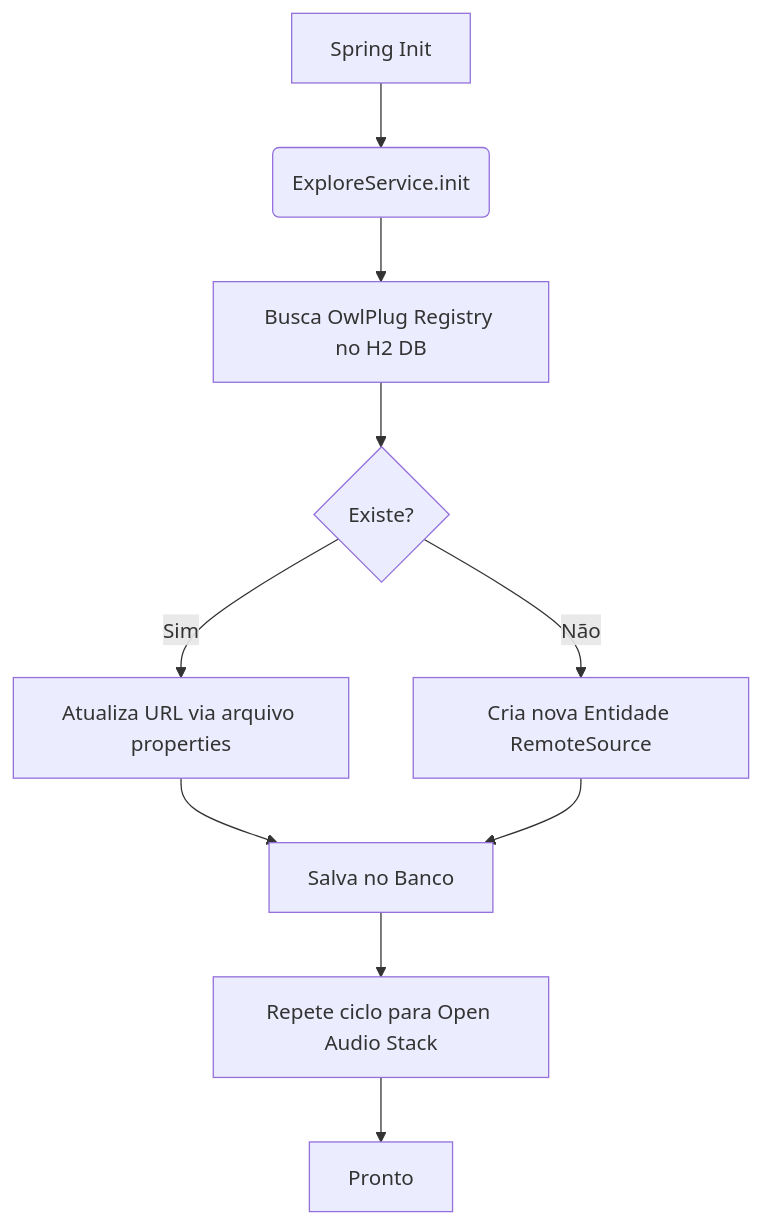
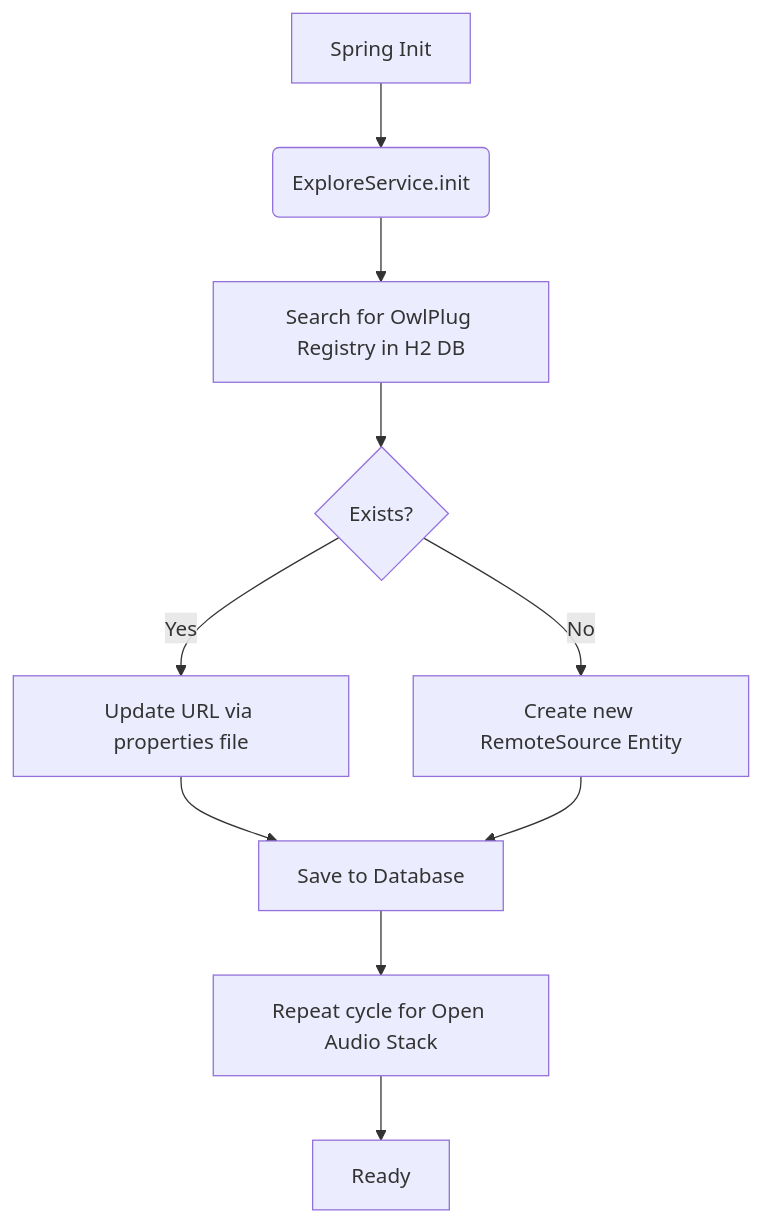
One commit to daniel-chiuratto-seabra/OwlPlug changed the eighth of 15 diagrams in docs/full-forensic-technical-documentation.md. Above: the diagram before and after it, drawn with Mermaid. The commit also changed other lines of this file, not shown here.

````diff
--- a/docs/full-forensic-technical-documentation.md
+++ b/docs/full-forensic-technical-documentation.md
@@ -332,12 +332,12 @@
 ```mermaid
 flowchart TD
     A[Spring Init] --> B(ExploreService.init)
-    B --> C[Busca OwlPlug Registry no H2 DB]
-    C --> D{Existe?}
-    D -- Sim --> E[Atualiza URL via arquivo properties]
-    D -- Não --> F[Cria nova Entidade RemoteSource]
-    E --> G[Salva no Banco]
+    B --> C[Search for OwlPlug Registry in H2 DB]
+    C --> D{Exists?}
+    D -- Yes --> E[Update URL via properties file]
+    D -- No --> F[Create new RemoteSource Entity]
+    E --> G[Save to Database]
     F --> G
-    G --> H[Repete ciclo para Open Audio Stack]
-    H --> I[Pronto]
+    G --> H[Repeat cycle for Open Audio Stack]
+    H --> I[Ready]
 ```
````
